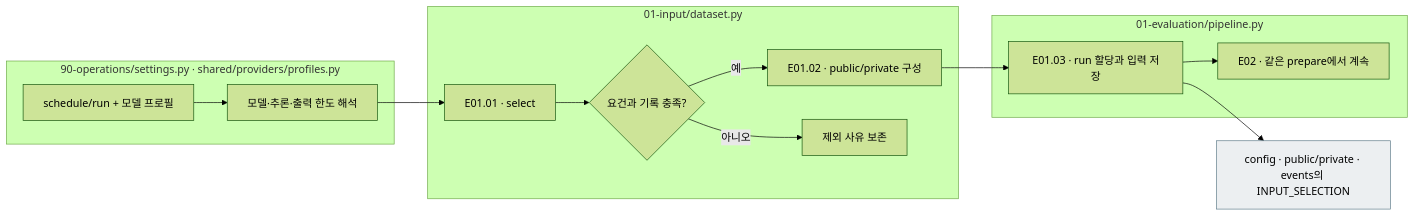
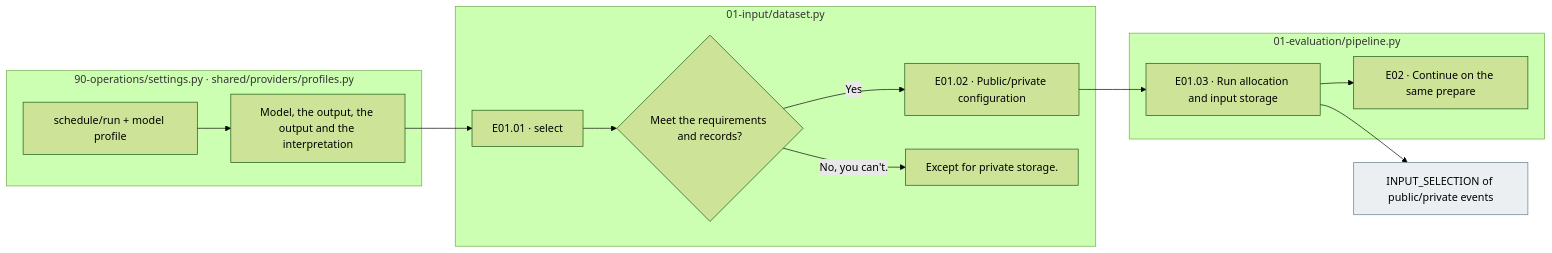
One commit to pnu-clink/finject changed the diagram in src/finarch/documentation/templates/stages/02-experiments/01_evaluation/01_preparation/README.md. Above: the diagram before and after it, drawn with Mermaid (forest theme). The commit also changed other lines of this file and 644 other files, not shown here.

````diff
--- a/src/finarch/documentation/templates/stages/02-experiments/01_evaluation/01_preparation/README.md
+++ b/src/finarch/documentation/templates/stages/02-experiments/01_evaluation/01_preparation/README.md
@@ -34,18 +34,18 @@
 ```mermaid
 flowchart LR
  subgraph D["01-input/dataset.py"]
-  S["E01.01 · select"] --> F{"요건과 기록 충족?"}
-  F -->|예| P["E01.02 · public/private 구성"]
-  F -->|아니오| X["제외 사유 보존"]
+  S["E01.01 · select"] --> F{"Meet the requirements and records?"}
+  F -->|Yes| P["E01.02 · Public/private configuration"]
+  F -->|No, you can't.| X["Except for private storage."]
  end
  subgraph C["90-operations/settings.py · shared/providers/profiles.py"]
-  Q["schedule/run + 모델 프로필"] --> C1["모델·추론·출력 한도 해석"]
+  Q["schedule/run + model profile"] --> C1["Model, the output, the output and the interpretation"]
  end
  subgraph R["01-evaluation/pipeline.py"]
   C1 --> S
-  P --> W["E01.03 · run 할당과 입력 저장"] --> N["E02 · 같은 prepare에서 계속"]
+  P --> W["E01.03 · Run allocation and input storage"] --> N["E02 · Continue on the same prepare"]
  end
  classDef file fill:#eceff1,stroke:#607d8b;
- O["config · public/private · events의 INPUT_SELECTION"]:::file
+ O["INPUT_SELECTION of public/private events"]:::file
  W --> O
 ```
````
